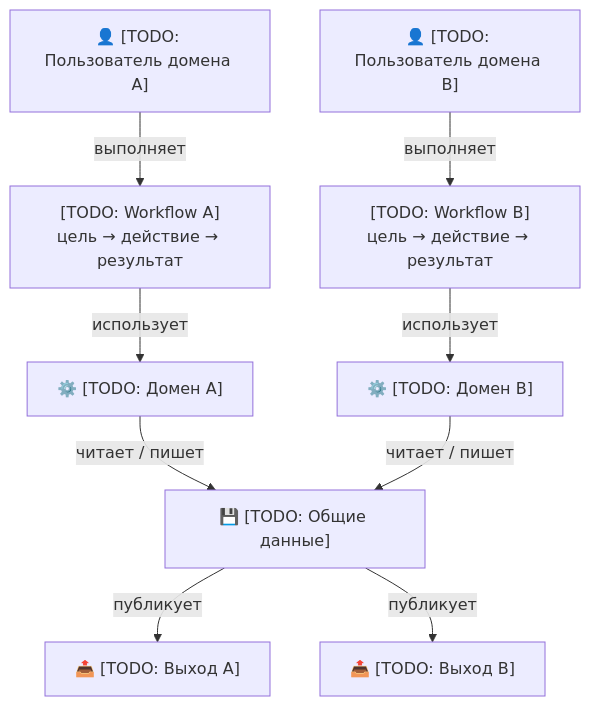
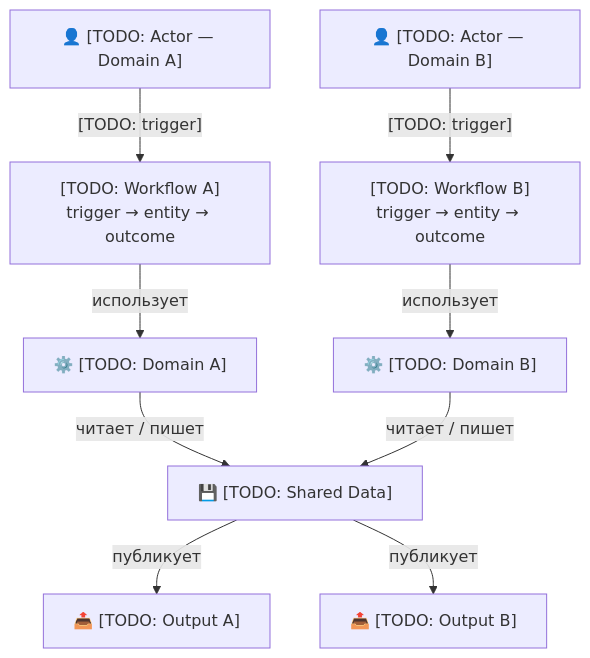
The third of 4 diagrams in templates/USER-MAP.template.md (cait-solutions/it-dev-methodology), drawn with Mermaid before and after one commit. The commit also changed other lines of this file and 3 other files, not shown here.

````diff
--- a/templates/USER-MAP.template.md
+++ b/templates/USER-MAP.template.md
@@ -131,17 +141,17 @@
 ```mermaid
 graph TD
-    User1["👤 [TODO: Пользователь домена A]"]
-    User2["👤 [TODO: Пользователь домена B]"]
+    Actor1["👤 [TODO: Actor — Domain A]"]
+    Actor2["👤 [TODO: Actor — Domain B]"]
 
-    User1 -->|"выполняет"| WF1["[TODO: Workflow A]<br/>цель → действие → результат"]
-    User2 -->|"выполняет"| WF2["[TODO: Workflow B]<br/>цель → действие → результат"]
+    Actor1 -->|"[TODO: trigger]"| WF1["[TODO: Workflow A]<br/>trigger → entity → outcome"]
+    Actor2 -->|"[TODO: trigger]"| WF2["[TODO: Workflow B]<br/>trigger → entity → outcome"]
 
-    WF1 -->|"использует"| DomA["⚙️ [TODO: Домен A]"]
-    WF2 -->|"использует"| DomB["⚙️ [TODO: Домен B]"]
+    WF1 -->|"использует"| DomA["⚙️ [TODO: Domain A]"]
+    WF2 -->|"использует"| DomB["⚙️ [TODO: Domain B]"]
 
-    DomA -->|"читает / пишет"| SharedData["💾 [TODO: Общие данные]"]
+    DomA -->|"читает / пишет"| SharedData["💾 [TODO: Shared Data]"]
     DomB -->|"читает / пишет"| SharedData
 
-    SharedData -->|"публикует"| IntA["📤 [TODO: Выход A]"]
-    SharedData -->|"публикует"| IntB["📤 [TODO: Выход B]"]
+    SharedData -->|"публикует"| OutA["📤 [TODO: Output A]"]
+    SharedData -->|"публикует"| OutB["📤 [TODO: Output B]"]
 ```
````
